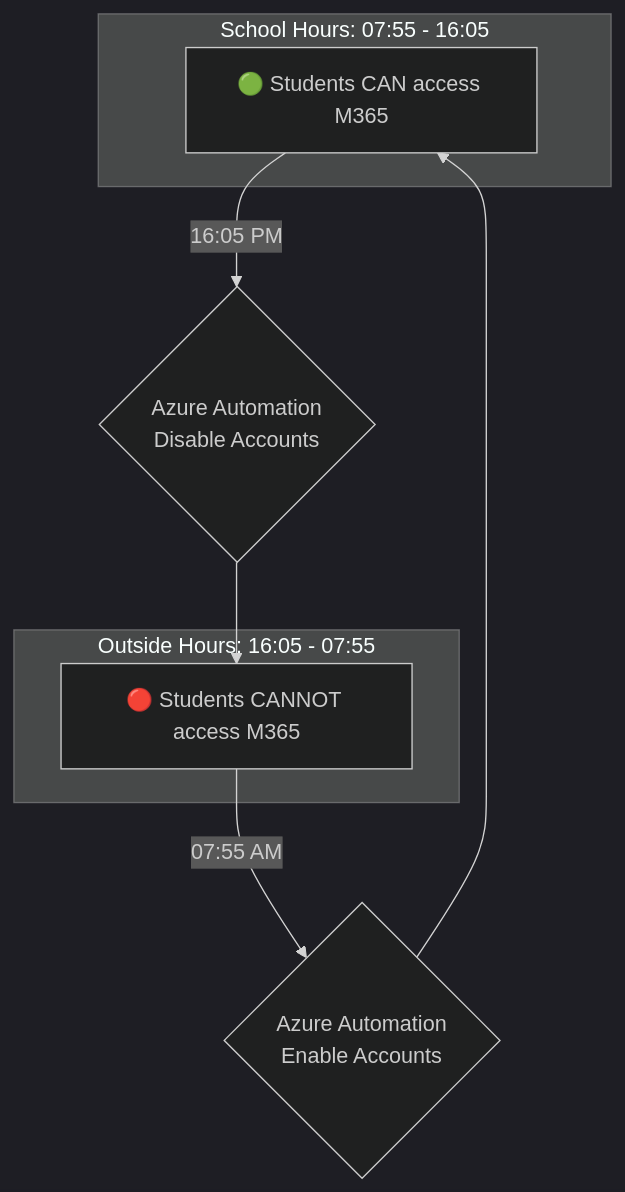
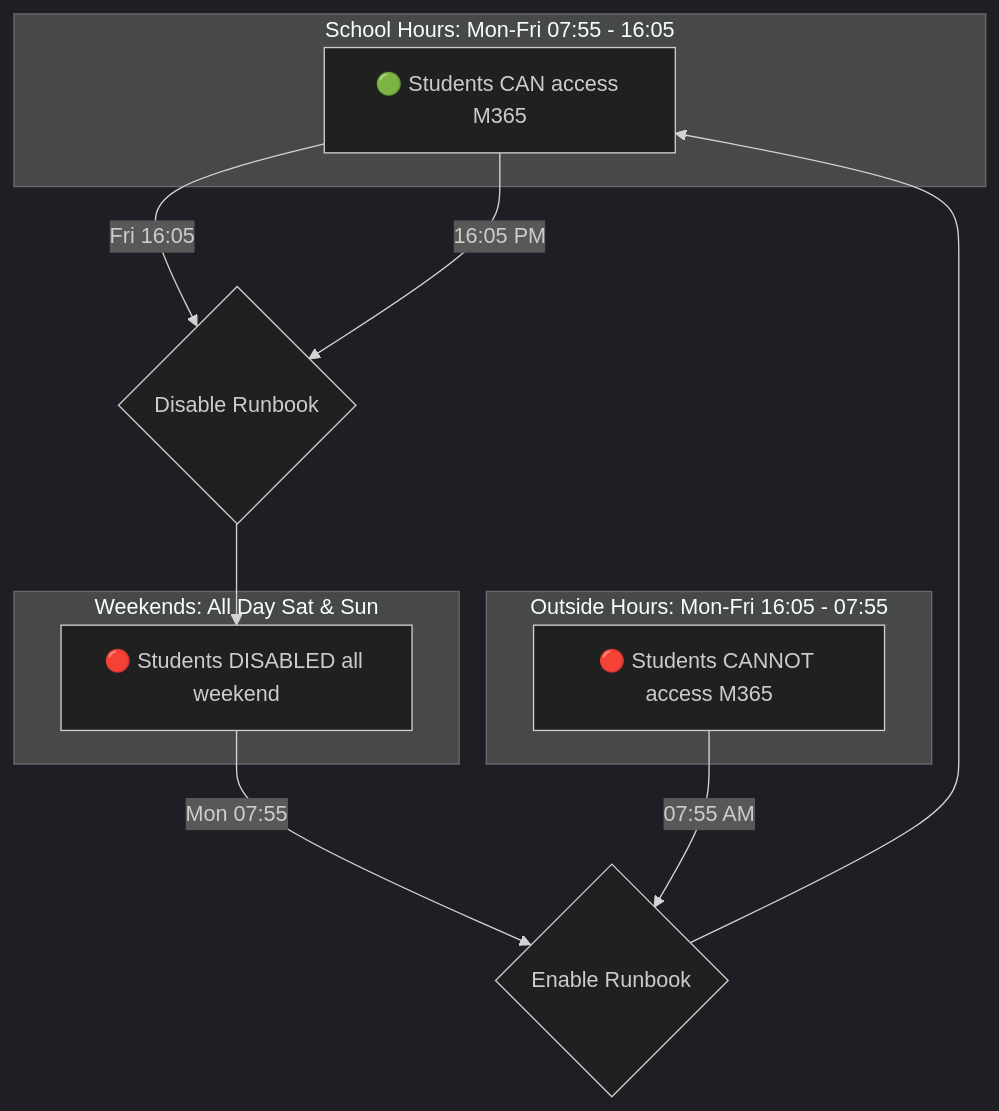
Before and after one commit to NorwegianPear/StudentTime-Management-M365: the diagram in docs/SOLUTION-ARCHITECTURE.md, drawn with Mermaid (dark theme). The commit also changed other lines of this file and 3 other files, not shown here.

First line of the commit message:
Update docs: Weekend disabled + only students affected

````diff
--- a/docs/SOLUTION-ARCHITECTURE.md
+++ b/docs/SOLUTION-ARCHITECTURE.md
@@ -38,15 +64,21 @@
 ```mermaid
 graph TB
-    subgraph "School Hours: 07:55 - 16:05"
+    subgraph "School Hours: Mon-Fri 07:55 - 16:05"
         A[🟢 Students CAN access M365]
     end
     
-    subgraph "Outside Hours: 16:05 - 07:55"
+    subgraph "Outside Hours: Mon-Fri 16:05 - 07:55"
         B[🔴 Students CANNOT access M365]
     end
     
-    A -->|16:05 PM| C{Azure Automation<br/>Disable Accounts}
-    C --> B
-    B -->|07:55 AM| D{Azure Automation<br/>Enable Accounts}
+    subgraph "Weekends: All Day Sat & Sun"
+        W[🔴 Students DISABLED all weekend]
+    end
+    
+    A -->|Fri 16:05| C{Disable Runbook}
+    C --> W
+    W -->|Mon 07:55| D{Enable Runbook}
     D --> A
+    A -->|16:05 PM| C
+    B -->|07:55 AM| D
 ```
````
